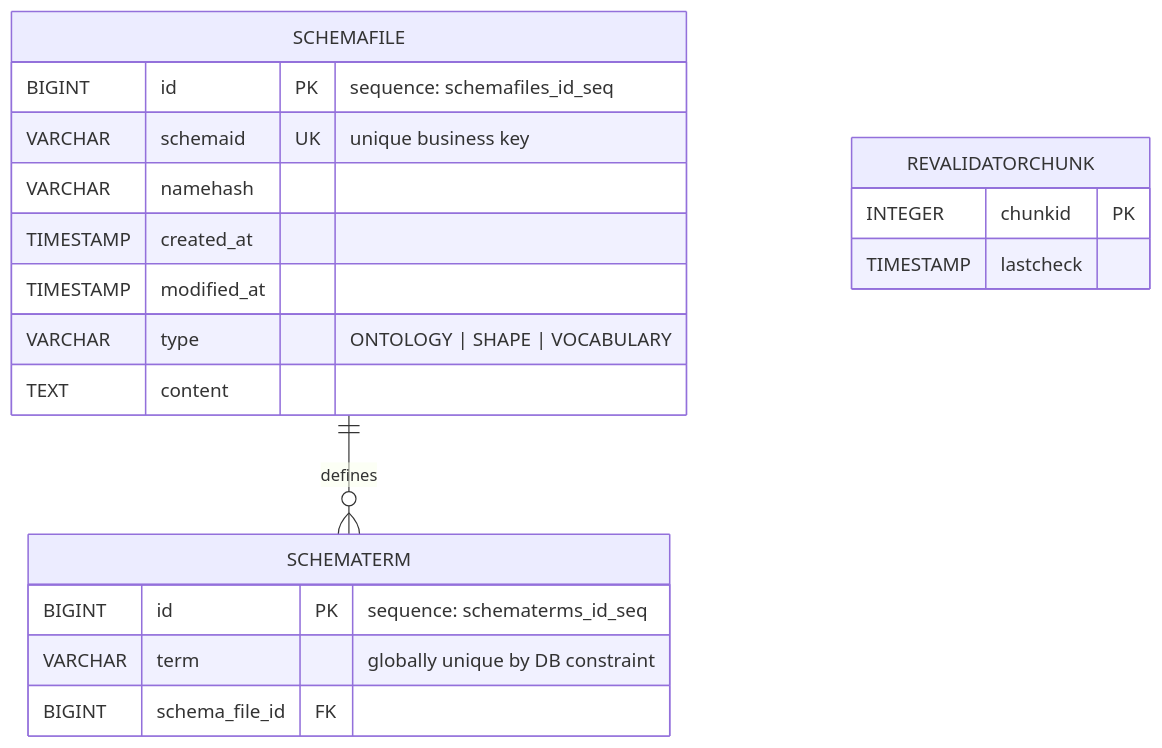
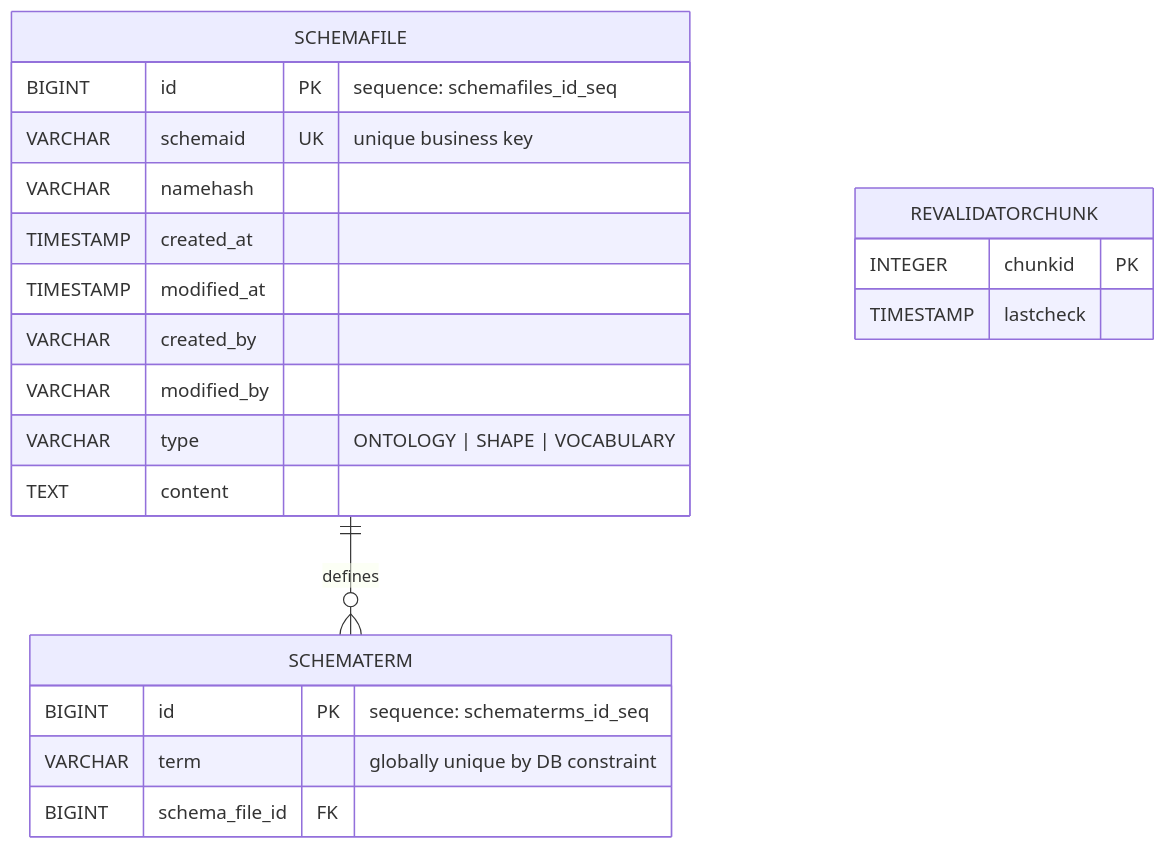
Before and after one commit to federated-catalogue-enhancements-2026/docs: the sixth of 13 diagrams in federated-catalogue/src/docs/architecture/chapters/05_building_block_view.adoc, drawn with Mermaid. The commit also changed other lines of this file, not shown here.

```diff
--- a/federated-catalogue/src/docs/architecture/chapters/05_building_block_view.adoc
+++ b/federated-catalogue/src/docs/architecture/chapters/05_building_block_view.adoc
@@ -881,26 +886,28 @@
 [mermaid, width=2000]
 ....
 erDiagram
     SCHEMAFILE {
         BIGINT id PK "sequence: schemafiles_id_seq"
         VARCHAR schemaid UK "unique business key"
         VARCHAR namehash
         TIMESTAMP created_at
         TIMESTAMP modified_at
+        VARCHAR created_by
+        VARCHAR modified_by
         VARCHAR type "ONTOLOGY | SHAPE | VOCABULARY"
         TEXT content
     }
 
     SCHEMATERM {
         BIGINT id PK "sequence: schematerms_id_seq"
         VARCHAR term "globally unique by DB constraint"
         BIGINT schema_file_id FK
     }
 
     REVALIDATORCHUNK {
         INTEGER chunkid PK
         TIMESTAMP lastcheck
     }
 
     SCHEMAFILE ||--o{ SCHEMATERM : defines
 ....
```
